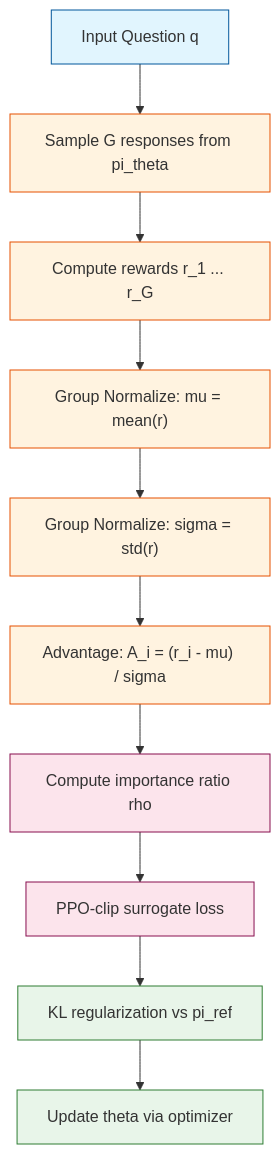
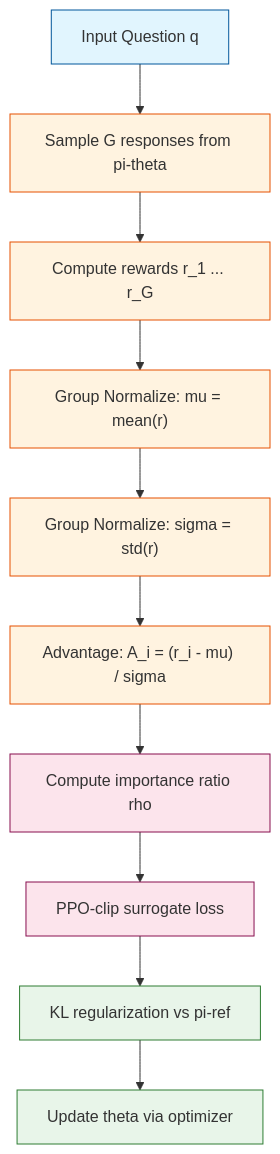
Before and after one commit to Playitcooool/advanced-ai-daily: the diagram in tutorials/en/01-grpo.md, drawn with Mermaid. The commit also changed 8 other files, not shown here.

First line of the commit message:
fix: replace problematic underscores in Mermaid diagram labels

````diff
--- a/tutorials/en/01-grpo.md
+++ b/tutorials/en/01-grpo.md
@@ -66,23 +66,23 @@
 ```mermaid
 flowchart TD
-    A["Input Question q"] --> B["Sample G responses from pi_theta"]
+    A["Input Question q"] --> B["Sample G responses from pi-theta"]
     B --> C["Compute rewards r_1 ... r_G"]
     C --> D["Group Normalize: mu = mean(r)"]
     D --> E["Group Normalize: sigma = std(r)"]
     E --> F["Advantage: A_i = (r_i - mu) / sigma"]
     F --> G["Compute importance ratio rho"]
     G --> H["PPO-clip surrogate loss"]
-    H --> I["KL regularization vs pi_ref"]
+    H --> I["KL regularization vs pi-ref"]
     I --> J["Update theta via optimizer"]
 
     classDef input fill:#e1f5fe,stroke:#01579b
     classDef compute fill:#fff3e0,stroke:#e65100
     classDef output fill:#e8f5e9,stroke:#2e7d32
     classDef decision fill:#fce4ec,stroke:#880e4f
 
     class A input
     class B,C compute
     class D,E,F compute
     class G,H decision
     class I,J output
 ```
````
